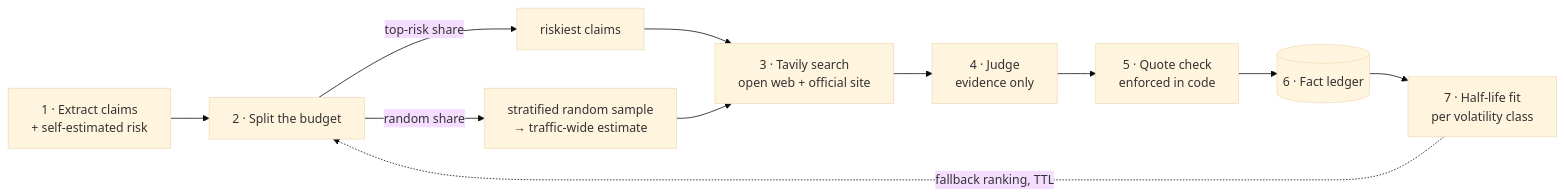
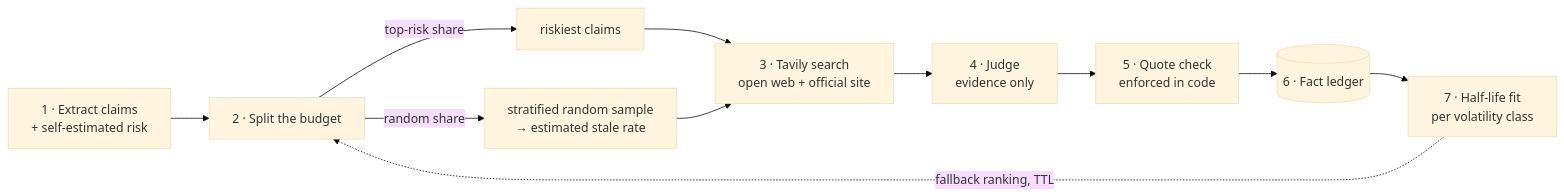
The first of 2 diagrams in README.md (shro-2002/halflife), drawn with Mermaid (base theme) before and after one commit. The commit also changed other lines of this file and 24 other files, not shown here.

````diff
--- a/README.md
+++ b/README.md
@@ -25,13 +40,13 @@
 ```mermaid
 flowchart LR
     A["1 · Extract claims<br/>+ self-estimated risk"] --> B["2 · Split the budget"]
     B -->|"top-risk share"| B1["riskiest claims"]
-    B -->|"random share"| B2["stratified random sample<br/>→ traffic-wide estimate"]
+    B -->|"random share"| B2["stratified random sample<br/>→ estimated stale rate"]
     B1 --> C["3 · Tavily search<br/>open web + official site"]
     B2 --> C
     C --> D["4 · Judge<br/>evidence only"]
     D --> E["5 · Quote check<br/>enforced in code"]
     E --> F[("6 · Fact ledger")]
     F --> G["7 · Half-life fit<br/>per volatility class"]
     G -.->|fallback ranking, TTL| B
 ```
````
